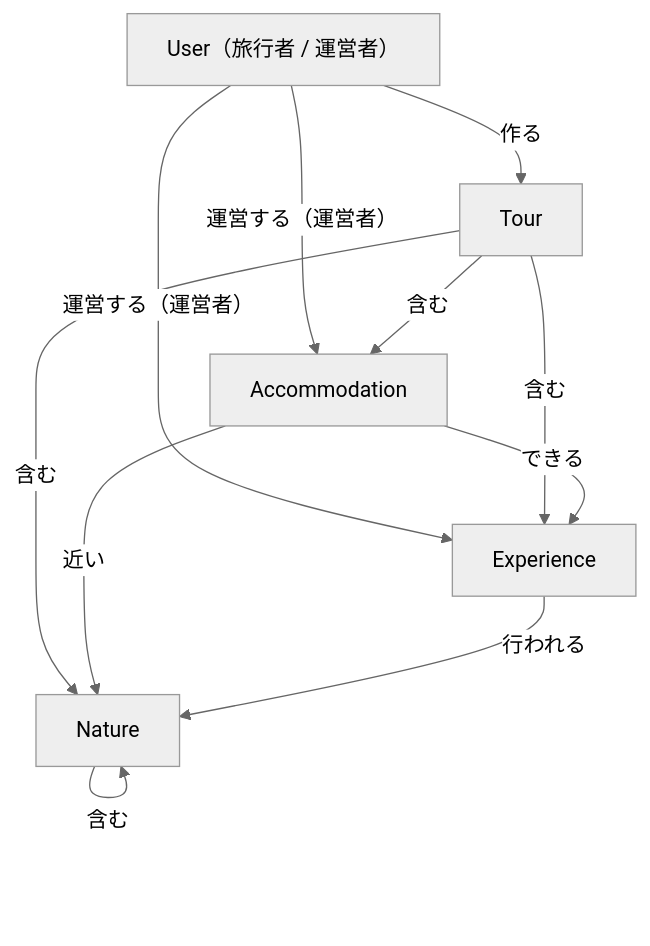
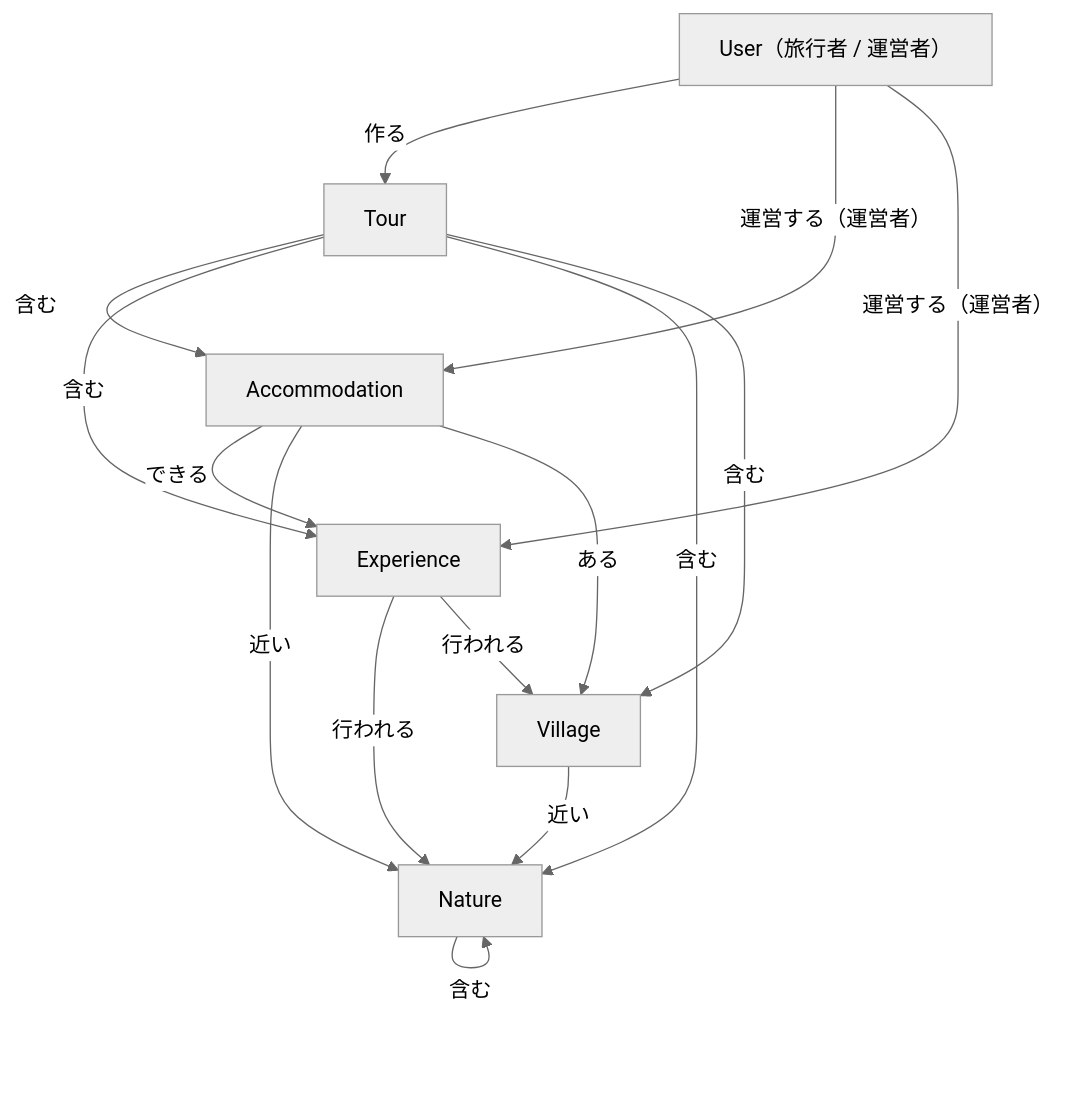
The diagram in docs/data-model.md (jsongold/wandrara), drawn with Mermaid (neutral theme) before and after one commit. The commit also changed other lines of this file, not shown here.

Commit message:
Village を足す
Claude-Session: https://claude.ai/code/session_01M9oQ1iNjFN2eVxAQpz7ASN

````diff
--- a/docs/data-model.md
+++ b/docs/data-model.md
@@ -7,19 +7,24 @@
 ```mermaid
 flowchart TB
   User["User（旅行者 / 運営者）"]
   Tour
   Accommodation
   Experience
   Nature
+  Village
 
   User -- 作る --> Tour
   User -- 運営する（運営者） --> Accommodation
   User -- 運営する（運営者） --> Experience
   Tour -- 含む --> Accommodation
   Tour -- 含む --> Experience
   Tour -- 含む --> Nature
+  Tour -- 含む --> Village
   Accommodation -- できる --> Experience
   Accommodation -- 近い --> Nature
+  Accommodation -- ある --> Village
   Experience -- 行われる --> Nature
+  Experience -- 行われる --> Village
+  Village -- 近い --> Nature
   Nature -- 含む --> Nature
 ```
````
